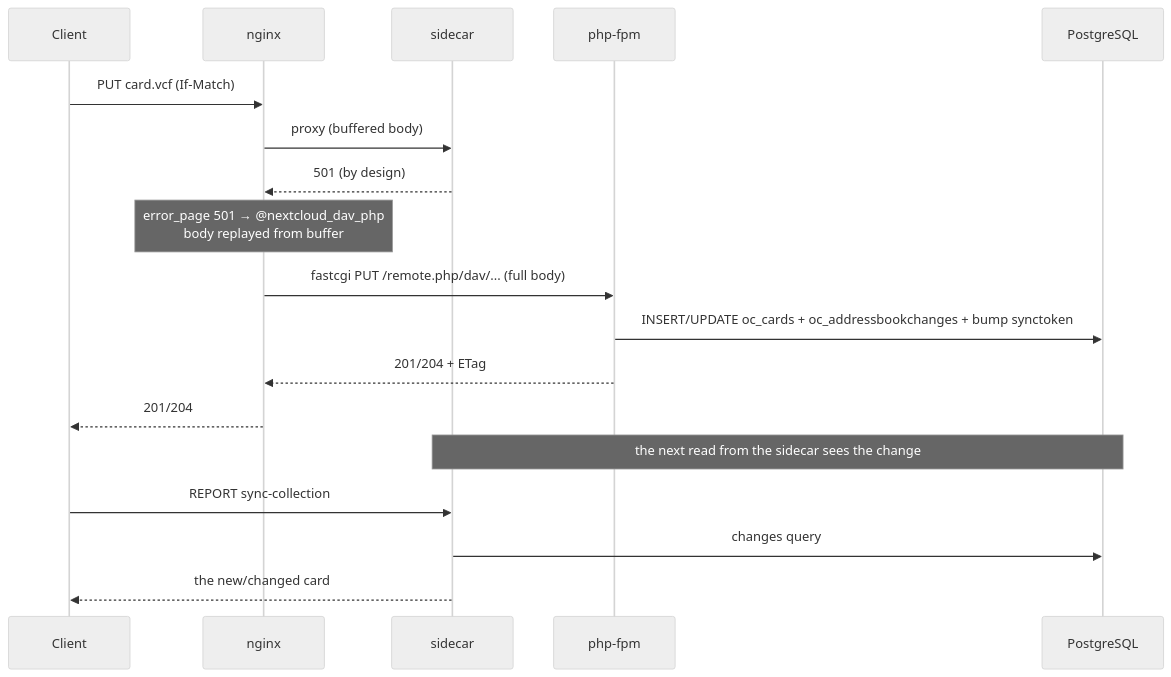
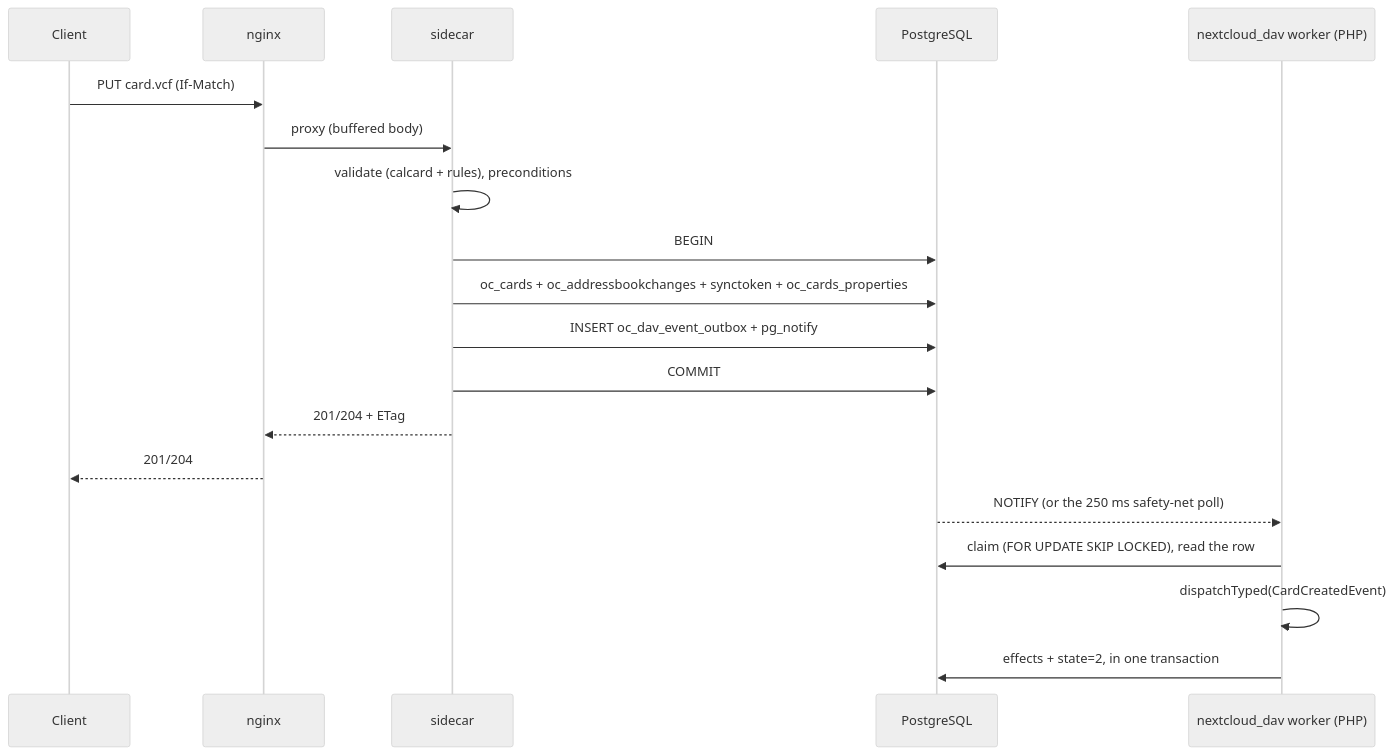
The ninth of 12 diagrams in docs/ARCHITECTURE.md (aviallon/nextcloud-dav), drawn with Mermaid (neutral theme) before and after one commit. The commit also changed other lines of this file and 1 other file, not shown here.

First line of the commit message:
docs: describe the native write path, the outbox and the dispatcher

````diff
--- a/docs/ARCHITECTURE.md
+++ b/docs/ARCHITECTURE.md
@@ -306,20 +352,21 @@
 ```mermaid
 sequenceDiagram
   participant C as Client
   participant N as nginx
   participant D as sidecar
-  participant PHP as php-fpm
   participant DB as PostgreSQL
+  participant W as nextcloud_dav worker (PHP)
   C->>N: PUT card.vcf (If-Match)
   N->>D: proxy (buffered body)
-  D-->>N: 501 (by design)
-  Note over N: error_page 501 → @nextcloud_dav_php<br/>body replayed from buffer
-  N->>PHP: fastcgi PUT /remote.php/dav/... (full body)
-  PHP->>DB: INSERT/UPDATE oc_cards + oc_addressbookchanges + bump synctoken
-  PHP-->>N: 201/204 + ETag
+  D->>D: validate (calcard + rules), preconditions
+  D->>DB: BEGIN
+  D->>DB: oc_cards + oc_addressbookchanges + synctoken + oc_cards_properties
+  D->>DB: INSERT oc_dav_event_outbox + pg_notify
+  D->>DB: COMMIT
+  D-->>N: 201/204 + ETag
   N-->>C: 201/204
-  Note over D,DB: the next read from the sidecar sees the change
-  C->>D: REPORT sync-collection
-  D->>DB: changes query
-  D-->>C: the new/changed card
+  DB-->>W: NOTIFY (or the 250 ms safety-net poll)
+  W->>DB: claim (FOR UPDATE SKIP LOCKED), read the row
+  W->>W: dispatchTyped(CardCreatedEvent)
+  W->>DB: effects + state=2, in one transaction
 ```
````
